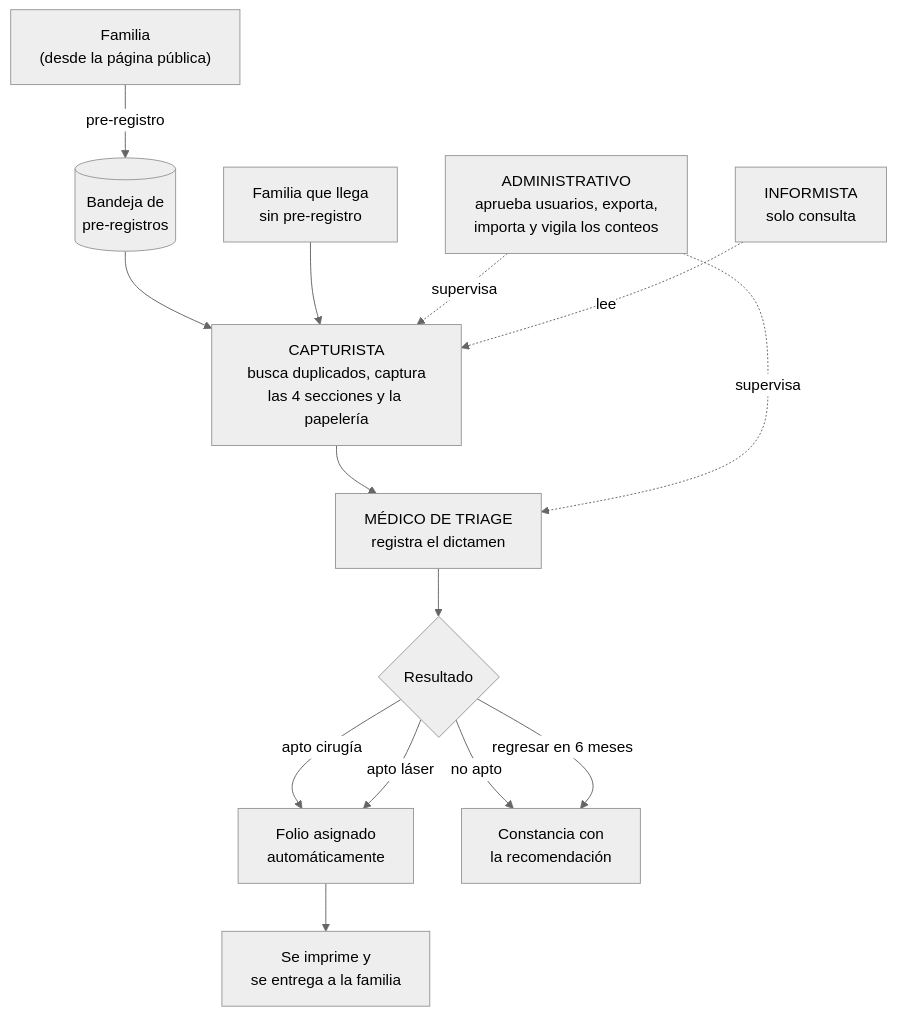
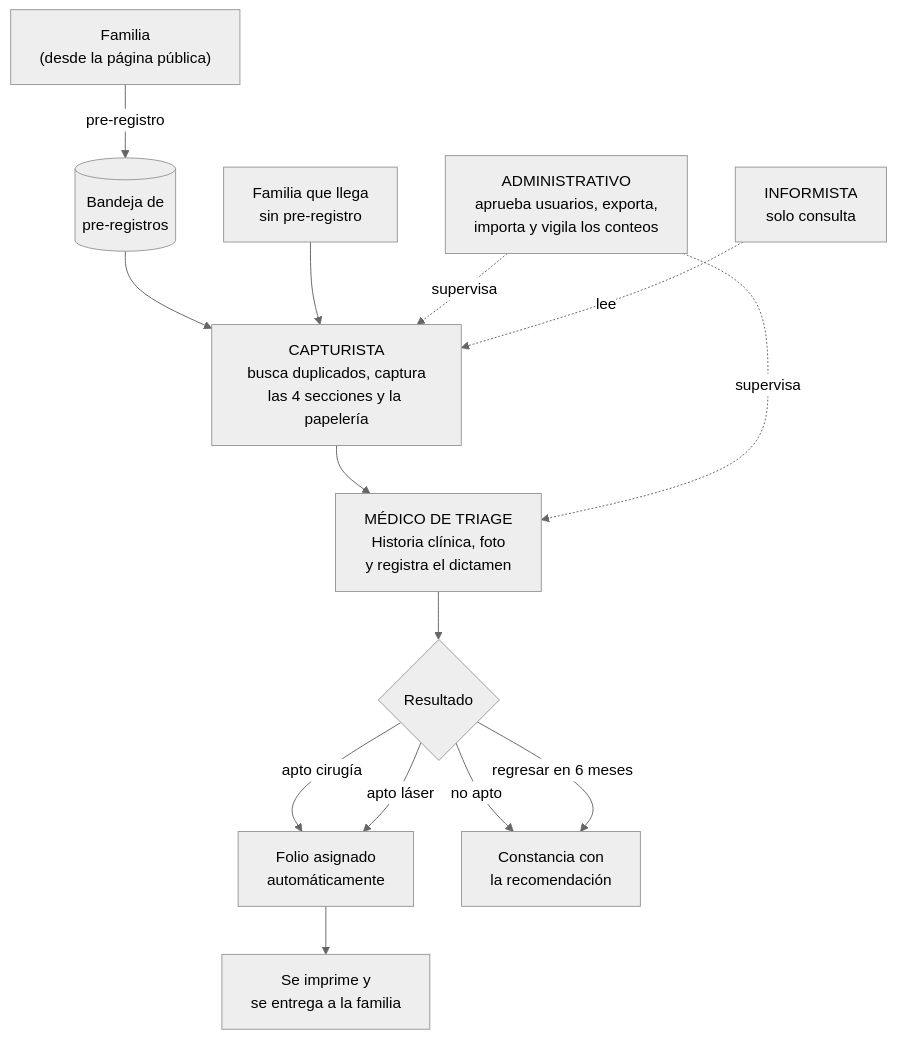
One commit to BenchHPZ/Programa-nuevo-amanecer changed the first of 3 diagrams in docs/MANUAL-ROLES.md. Above: the diagram before and after it, drawn with Mermaid (neutral theme). The commit also changed other lines of this file and 24 other files, not shown here.

````diff
--- a/docs/MANUAL-ROLES.md
+++ b/docs/MANUAL-ROLES.md
@@ -19,21 +19,21 @@
 ```mermaid
 flowchart TD
     Publico["Familia<br/>(desde la página pública)"] -->|pre-registro| Bandeja[(Bandeja de<br/>pre-registros)]
     Bandeja --> Cap
     Llega["Familia que llega<br/>sin pre-registro"] --> Cap
 
     Cap["CAPTURISTA<br/>busca duplicados, captura<br/>las 4 secciones y la papelería"] --> Med
 
-    Med["MÉDICO DE TRIAGE<br/>registra el dictamen"] --> Apto{Resultado}
+    Med["MÉDICO DE TRIAGE<br/>Historia clínica, foto<br/>y registra el dictamen"] --> Apto{Resultado}
 
     Apto -->|apto cirugía| Folio["Folio asignado<br/>automáticamente"]
     Apto -->|apto láser| Folio
     Apto -->|no apto| Const["Constancia con<br/>la recomendación"]
     Apto -->|regresar en 6 meses| Const
 
     Folio --> Imp["Se imprime y<br/>se entrega a la familia"]
 
     Adm["ADMINISTRATIVO<br/>aprueba usuarios, exporta,<br/>importa y vigila los conteos"] -.supervisa.-> Cap
     Adm -.supervisa.-> Med
     Inf["INFORMISTA<br/>solo consulta"] -.lee.-> Cap
 ```
````
